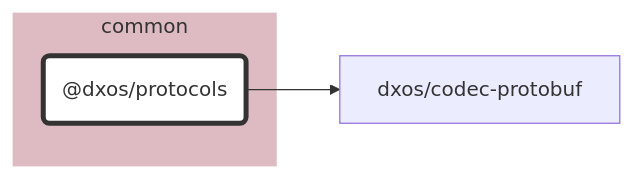
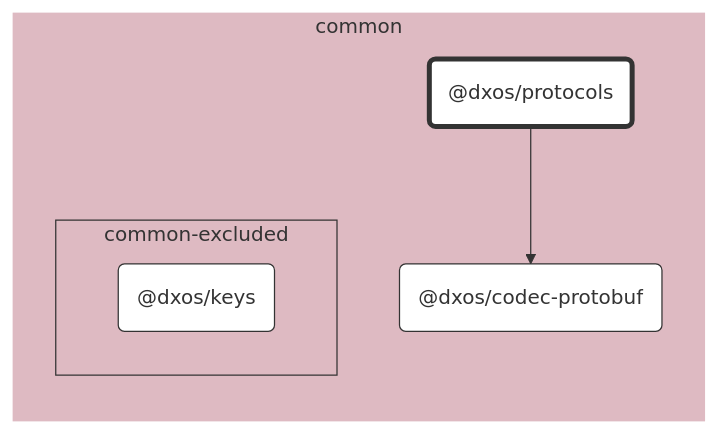
One commit to dxos/dxos changed the diagram in packages/common/protocols/docs/README.md. Above: the diagram before and after it, drawn with Mermaid. The commit also changed 69 other files, not shown here.

````diff
--- a/packages/common/protocols/docs/README.md
+++ b/packages/common/protocols/docs/README.md
@@ -7,21 +7,29 @@
 ```mermaid
 %%{ init: {'flowchart':{'curve':'basis'}} }%%
 
 flowchart LR
 
 %% Classes
 classDef def fill:#fff,stroke:#333,stroke-width:1px
 classDef root fill:#fff,stroke:#333,stroke-width:4px
 
 %% Nodes
 
 subgraph common [common]
   style common fill:#debac2,stroke:#fff
   dxos/protocols("@dxos/protocols"):::root
   click dxos/protocols "dxos/dxos/tree/main/packages/common/protocols/docs"
+  dxos/codec-protobuf("@dxos/codec-protobuf"):::def
+  click dxos/codec-protobuf "dxos/dxos/tree/main/packages/common/codec-protobuf/docs"
+
+  subgraph common-excluded [common-excluded]
+    style common-excluded fill:#debac2,stroke:#333,stroke-dashed:5 5
+    dxos/keys("@dxos/keys"):::def
+    click dxos/keys "dxos/dxos/tree/main/packages/common/keys/docs"
+  end
 end
 
 %% Links
 linkStyle default stroke:#333,stroke-width:1px
 dxos/protocols --> dxos/codec-protobuf
 ```
````
